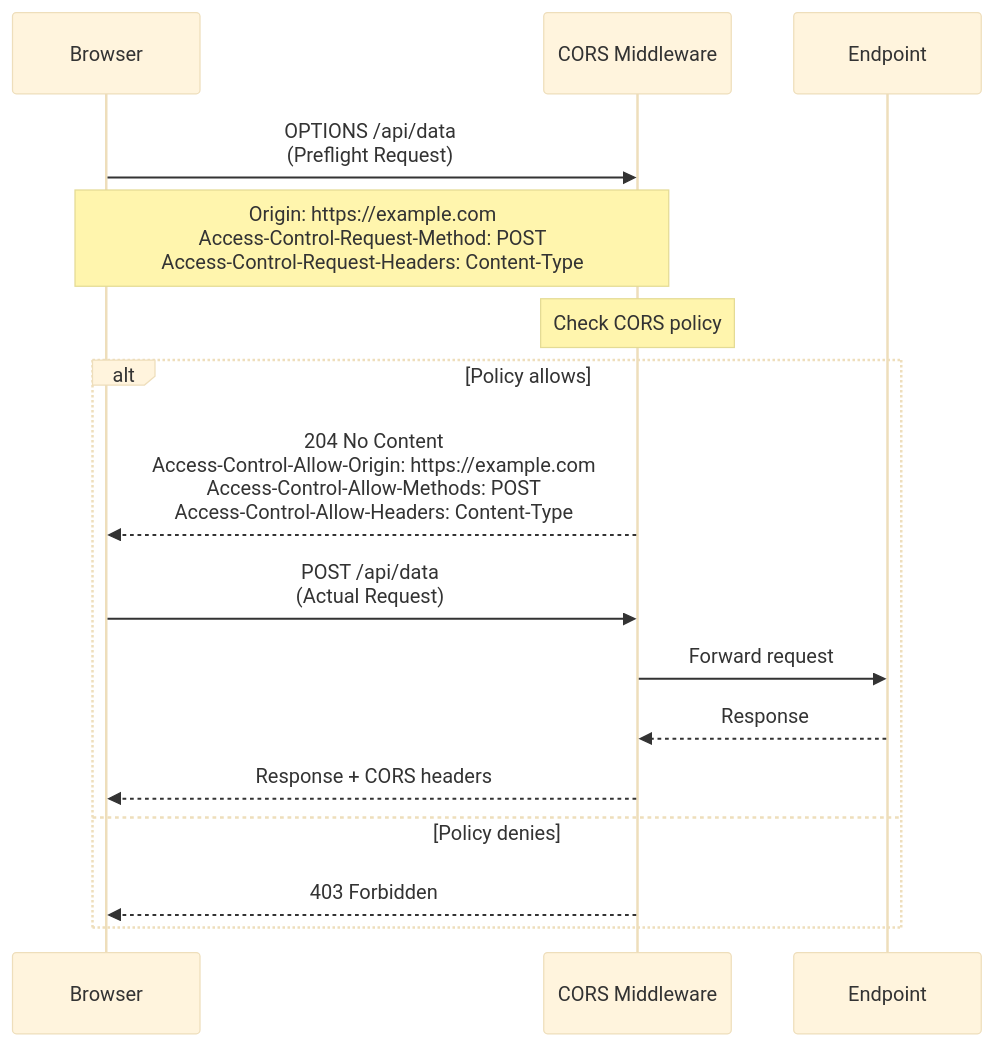
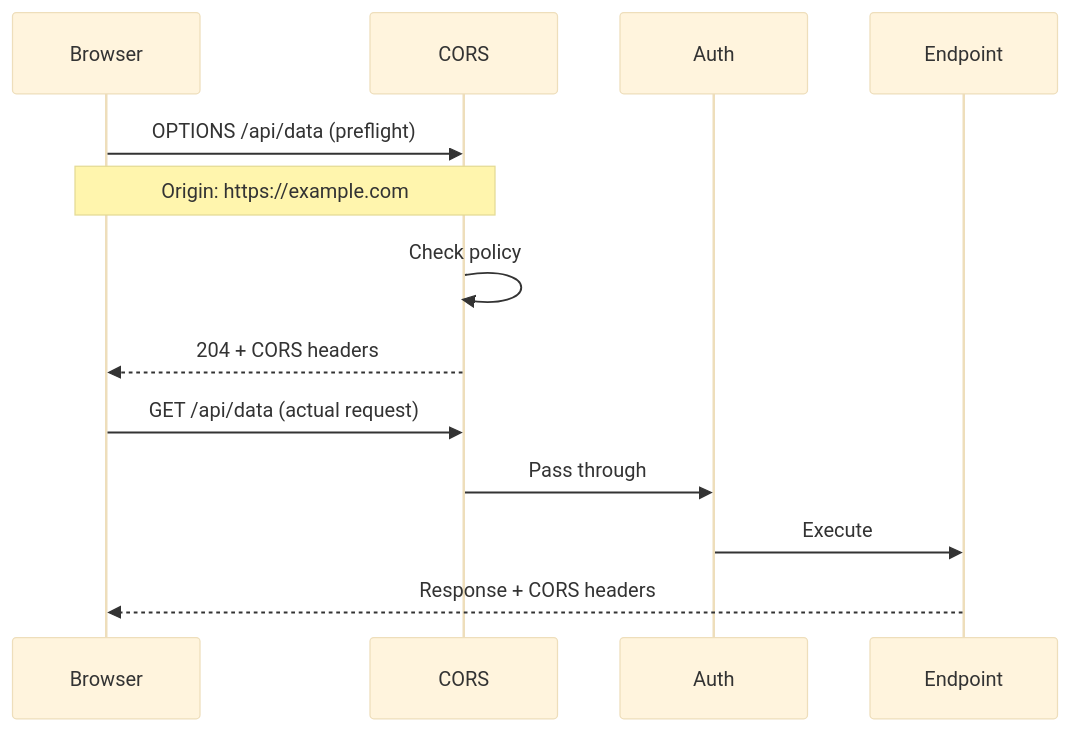
The second of 3 diagrams in docs/ASPNET-PIPELINE-PART3-MIDDLEWARE.md (scottgal/mostlylucid.eufysecurity), drawn with Mermaid (base theme) before and after one commit. The commit also changed other lines of this file and 3 other files, not shown here.

Commit message:
Rewrite blog post series in user's style with Mermaid diagrams and AI disclaimer

````diff
--- a/docs/ASPNET-PIPELINE-PART3-MIDDLEWARE.md
+++ b/docs/ASPNET-PIPELINE-PART3-MIDDLEWARE.md
@@ -623,21 +299,17 @@
 ```mermaid
 sequenceDiagram
     participant Browser
-    participant CORS as CORS Middleware
+    participant CORS
+    participant Auth
     participant Endpoint
 
-    Browser->>CORS: OPTIONS /api/data<br/>(Preflight Request)
-    Note over Browser,CORS: Origin: https://example.com<br/>Access-Control-Request-Method: POST<br/>Access-Control-Request-Headers: Content-Type
+    Browser->>CORS: OPTIONS /api/data (preflight)
+    Note over Browser,CORS: Origin: https://example.com
+    CORS->>CORS: Check policy
+    CORS-->>Browser: 204 + CORS headers
 
-    Note over CORS: Check CORS policy
-
-    alt Policy allows
-        CORS-->>Browser: 204 No Content<br/>Access-Control-Allow-Origin: https://example.com<br/>Access-Control-Allow-Methods: POST<br/>Access-Control-Allow-Headers: Content-Type
-        Browser->>CORS: POST /api/data<br/>(Actual Request)
-        CORS->>Endpoint: Forward request
-        Endpoint-->>CORS: Response
-        CORS-->>Browser: Response + CORS headers
-    else Policy denies
-        CORS-->>Browser: 403 Forbidden
-    end
+    Browser->>CORS: GET /api/data (actual request)
+    CORS->>Auth: Pass through
+    Auth->>Endpoint: Execute
+    Endpoint-->>Browser: Response + CORS headers
 ```
````
